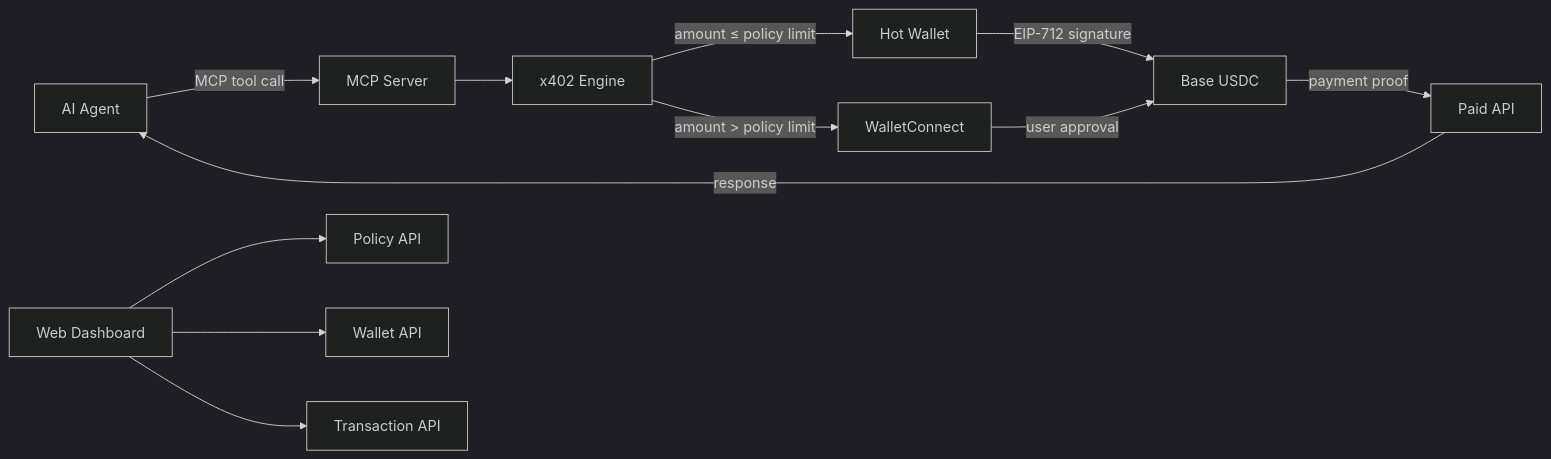
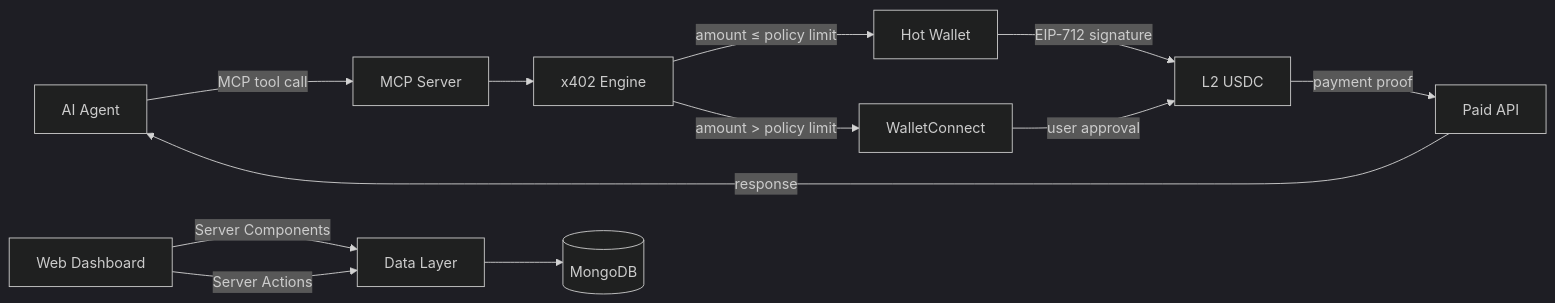
Before and after one commit to marcopesani/brevet: the diagram in README.md, drawn with Mermaid (dark theme). The commit also changed other lines of this file, not shown here.

First line of the commit message:
docs: update README to reflect current architecture

````diff
--- a/README.md
+++ b/README.md
@@ -38,15 +41,15 @@
 ```mermaid
 flowchart LR
     Agent[AI Agent] -->|MCP tool call| MCP[MCP Server]
     MCP --> Engine[x402 Engine]
     Engine -->|amount ≤ policy limit| HW[Hot Wallet]
     Engine -->|amount > policy limit| WC[WalletConnect]
-    HW -->|EIP-712 signature| USDC[Base USDC]
+    HW -->|EIP-712 signature| USDC[L2 USDC]
     WC -->|user approval| USDC
     USDC -->|payment proof| API[Paid API]
     API -->|response| Agent
 
-    Dashboard[Web Dashboard] --> PolicyAPI[Policy API]
-    Dashboard --> WalletAPI[Wallet API]
-    Dashboard --> TxAPI[Transaction API]
+    Dashboard[Web Dashboard] -->|Server Components| Data[Data Layer]
+    Dashboard -->|Server Actions| Data
+    Data --> DB[(MongoDB)]
 ```
````
